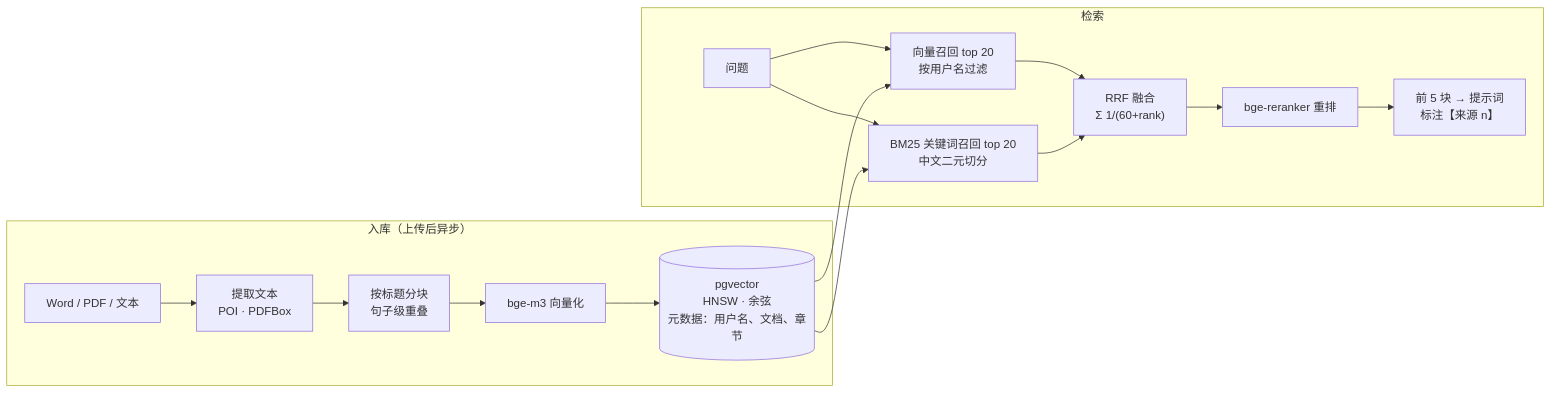
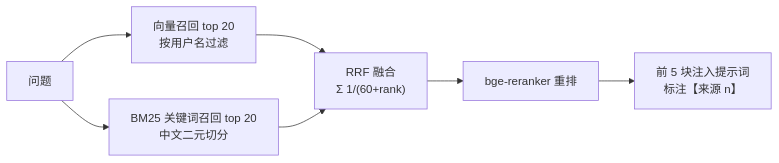
One commit to xiyunian1/ai-project changed the fourth of 4 diagrams in README.md. Above: the diagram before and after it, drawn with Mermaid. The commit also changed other lines of this file, not shown here.

Commit message:
Tidy README architecture diagram layouts

````diff
--- a/README.md
+++ b/README.md
@@ -68,15 +77,8 @@
 ```mermaid
 flowchart LR
-    subgraph IDX["入库（上传后异步）"]
-        UP["Word / PDF / 文本"] --> EX["提取文本<br/>POI · PDFBox"] --> CH["按标题分块<br/>句子级重叠"] --> EM["bge-m3 向量化"] --> VS[("pgvector<br/>HNSW · 余弦<br/>元数据：用户名、文档、章节")]
-    end
-    subgraph QRY["检索"]
-        Q["问题"] --> VR["向量召回 top 20<br/>按用户名过滤"]
-        Q --> KR["BM25 关键词召回 top 20<br/>中文二元切分"]
-        VR --> RRF["RRF 融合<br/>Σ 1/(60+rank)"]
-        KR --> RRF
-        RRF --> RK["bge-reranker 重排"] --> TOP["前 5 块 → 提示词<br/>标注【来源 n】"]
-    end
-    VS --> VR
-    VS --> KR
+    Q["问题"] --> VR["向量召回 top 20<br/>按用户名过滤"]
+    Q --> KR["BM25 关键词召回 top 20<br/>中文二元切分"]
+    VR --> RRF["RRF 融合<br/>Σ 1/(60+rank)"]
+    KR --> RRF
+    RRF --> RK["bge-reranker 重排"] --> TOP["前 5 块注入提示词<br/>标注【来源 n】"]
 ```
````
